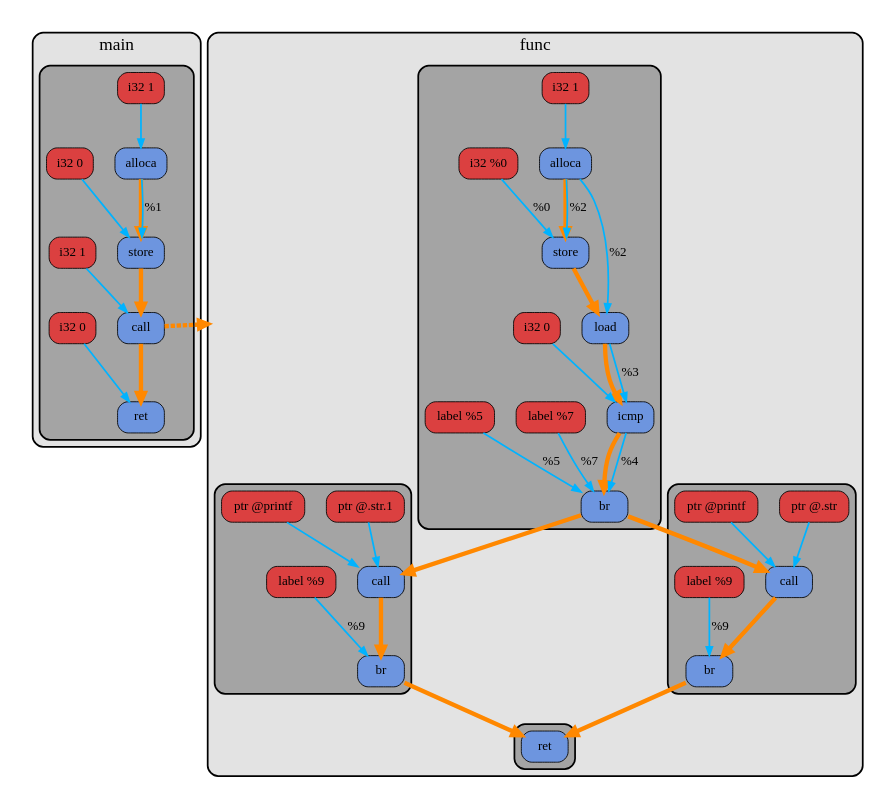
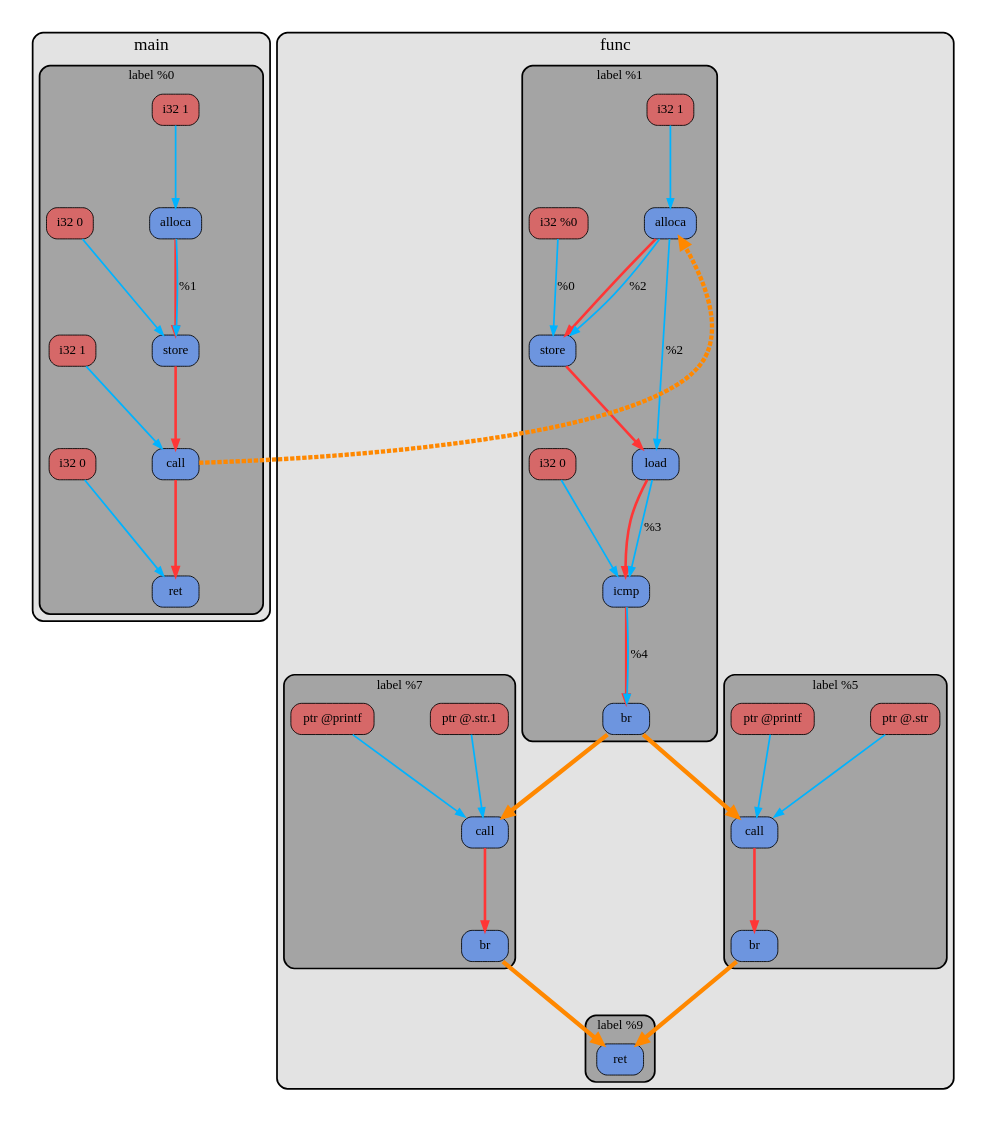
The diagram in examples/hello/dot/before_opt.dot (sevaphasol/llvm-ir-dumper), drawn with Graphviz before and after one commit. The commit also changed 45 other files, not shown here.

```diff
--- a/examples/hello/dot/before_opt.dot
+++ b/examples/hello/dot/before_opt.dot
@@ -1,5 +1,5 @@
 digraph "examples/hello/hello.c" {
-  graph [pad=0.3, rankdir=UB, compound=true, overlap=false, nodesep=0.35, ranksep=0.7, splines=true];
+  graph [pad=0.3, rankdir=TB, compound=true, overlap=false, nodesep=0.9, ranksep=1.3, splines=true];
   node [fontname="SF Pro Text Bold 10", fontsize=15];
   edge [fontname="SF Pro Text Bold 10", fontsize=15];
 subgraph cluster_func_1 {
@@ -17,19 +17,17 @@
     fillcolor="#a4a4a4";
     color="#000000";
     penwidth=2;
-    fontsize=0;
-    fontname="";
-    label="";
-    n0x5f6abb8ad210 [shape="box", style="rounded, filled", fillcolor="#6d95df", color="#000000", fontcolor="#000000", label="alloca"];
-    n0x5f6abb8aad90 [shape="box", style="rounded, filled", fillcolor="#6d95df", color="#000000", fontcolor="#000000", label="store"];
-    n0x5f6abb8ea090 [shape="box", style="rounded, filled", fillcolor="#6d95df", color="#000000", fontcolor="#000000", label="load"];
-    n0x5f6abb7ae2e0 [shape="box", style="rounded, filled", fillcolor="#6d95df", color="#000000", fontcolor="#000000", label="icmp"];
-    n0x5f6abb86cef0 [shape="box", style="rounded, filled", fillcolor="#6d95df", color="#000000", fontcolor="#000000", label="br"];
-    u0x5f6abb8ad1f0 [shape="box", style="rounded, filled", fillcolor="#db4040", color="#000000", fontcolor="#000000", label="i32 1"];
-    u0x5f6abb8aad50 [shape="box", style="rounded, filled", fillcolor="#db4040", color="#000000", fontcolor="#000000", label="i32 %0"];
-    u0x5f6abb7ae2c0 [shape="box", style="rounded, filled", fillcolor="#db4040", color="#000000", fontcolor="#000000", label="i32 0"];
-    u0x5f6abb86ceb0 [shape="box", style="rounded, filled", fillcolor="#db4040", color="#000000", fontcolor="#000000", label="label %7"];
-    u0x5f6abb86ced0 [shape="box", style="rounded, filled", fillcolor="#db4040", color="#000000", fontcolor="#000000", label="label %5"];
+    fontsize=15;
+    fontname="SF Pro Text Bold 10";
+    label="label %1";
+    n0x6549de716f50 [shape="box", style="rounded, filled", fillcolor="#6d95df", color="#000000", fontcolor="#000000", label="alloca"];
+    n0x6549de754d40 [shape="box", style="rounded, filled", fillcolor="#6d95df", color="#000000", fontcolor="#000000", label="store"];
+    n0x6549de794170 [shape="box", style="rounded, filled", fillcolor="#6d95df", color="#000000", fontcolor="#000000", label="load"];
+    n0x6549de6582e0 [shape="box", style="rounded, filled", fillcolor="#6d95df", color="#000000", fontcolor="#000000", label="icmp"];
+    n0x6549de716d40 [shape="box", style="rounded, filled", fillcolor="#6d95df", color="#000000", fontcolor="#000000", label="br"];
+    u0x6549de716f30 [shape="box", style="rounded, filled", fillcolor="#d66868", color="#000000", fontcolor="#000000", label="i32 1"];
+    u0x6549de754d00 [shape="box", style="rounded, filled", fillcolor="#d66868", color="#000000", fontcolor="#000000", label="i32 %0"];
+    u0x6549de6582c0 [shape="box", style="rounded, filled", fillcolor="#d66868", color="#000000", fontcolor="#000000", label="i32 0"];
   }
   subgraph cluster_func_1_bb_2 {
     shape="box";
@@ -37,14 +35,13 @@
     fillcolor="#a4a4a4";
     color="#000000";
     penwidth=2;
-    fontsize=0;
-    fontname="";
-    label="";
-    n0x5f6abb8eaf20 [shape="box", style="rounded, filled", fillcolor="#6d95df", color="#000000", fontcolor="#000000", label="call"];
-    n0x5f6abb8eafa0 [shape="box", style="rounded, filled", fillcolor="#6d95df", color="#000000", fontcolor="#000000", label="br"];
-    u0x5f6abb8eaee0 [shape="box", style="rounded, filled", fillcolor="#db4040", color="#000000", fontcolor="#000000", label="ptr @.str"];
-    u0x5f6abb8eaf00 [shape="box", style="rounded, filled", fillcolor="#db4040", color="#000000", fontcolor="#000000", label="ptr @printf"];
-    u0x5f6abb8eaf80 [shape="box", style="rounded, filled", fillcolor="#db4040", color="#000000", fontcolor="#000000", label="label %9"];
+    fontsize=15;
+    fontname="SF Pro Text Bold 10";
+    label="label %5";
+    n0x6549de795010 [shape="box", style="rounded, filled", fillcolor="#6d95df", color="#000000", fontcolor="#000000", label="call"];
+    n0x6549de795090 [shape="box", style="rounded, filled", fillcolor="#6d95df", color="#000000", fontcolor="#000000", label="br"];
+    u0x6549de794fd0 [shape="box", style="rounded, filled", fillcolor="#d66868", color="#000000", fontcolor="#000000", label="ptr @.str"];
+    u0x6549de794ff0 [shape="box", style="rounded, filled", fillcolor="#d66868", color="#000000", fontcolor="#000000", label="ptr @printf"];
   }
   subgraph cluster_func_1_bb_3 {
     shape="box";
@@ -52,14 +49,13 @@
     fillcolor="#a4a4a4";
     color="#000000";
     penwidth=2;
-    fontsize=0;
-    fontname="";
-    label="";
-    n0x5f6abb8eb130 [shape="box", style="rounded, filled", fillcolor="#6d95df", color="#000000", fontcolor="#000000", label="call"];
-    n0x5f6abb8eb1b0 [shape="box", style="rounded, filled", fillcolor="#6d95df", color="#000000", fontcolor="#000000", label="br"];
-    u0x5f6abb8eb0f0 [shape="box", style="rounded, filled", fillcolor="#db4040", color="#000000", fontcolor="#000000", label="ptr @.str.1"];
-    u0x5f6abb8eb110 [shape="box", style="rounded, filled", fillcolor="#db4040", color="#000000", fontcolor="#000000", label="ptr @printf"];
-    u0x5f6abb8eb190 [shape="box", style="rounded, filled", fillcolor="#db4040", color="#000000", fontcolor="#000000", label="label %9"];
+    fontsize=15;
+    fontname="SF Pro Text Bold 10";
+    label="label %7";
+    n0x6549de795220 [shape="box", style="rounded, filled", fillcolor="#6d95df", color="#000000", fontcolor="#000000", label="call"];
+    n0x6549de7952a0 [shape="box", style="rounded, filled", fillcolor="#6d95df", color="#000000", fontcolor="#000000", label="br"];
+    u0x6549de7951e0 [shape="box", style="rounded, filled", fillcolor="#d66868", color="#000000", fontcolor="#000000", label="ptr @.str.1"];
+    u0x6549de795200 [shape="box", style="rounded, filled", fillcolor="#d66868", color="#000000", fontcolor="#000000", label="ptr @printf"];
   }
   subgraph cluster_func_1_bb_4 {
     shape="box";
@@ -67,10 +63,10 @@
     fillcolor="#a4a4a4";
     color="#000000";
     penwidth=2;
-    fontsize=0;
-    fontname="";
-    label="";
-    n0x5f6abb8947a0 [shape="box", style="rounded, filled", fillcolor="#6d95df", color="#000000", fontcolor="#000000", label="ret"];
+    fontsize=15;
+    fontname="SF Pro Text Bold 10";
+    label="label %9";
+    n0x6549de764e40 [shape="box", style="rounded, filled", fillcolor="#6d95df", color="#000000", fontcolor="#000000", label="ret"];
   }
 }
 subgraph cluster_func_2 {
@@ -98,51 +94,47 @@
     fillcolor="#a4a4a4";
     color="#000000";
     penwidth=2;
-    fontsize=0;
-    fontname="";
-    label="";
-    n0x5f6abb8ebf10 [shape="box", style="rounded, filled", fillcolor="#6d95df", color="#000000", fontcolor="#000000", label="alloca"];
-    n0x5f6abb8ebfb0 [shape="box", style="rounded, filled", fillcolor="#6d95df", color="#000000", fontcolor="#000000", label="store"];
-    n0x5f6abb8ec050 [shape="box", style="rounded, filled", fillcolor="#6d95df", color="#000000", fontcolor="#000000", label="call"];
-    n0x5f6abb8ec170 [shape="box", style="rounded, filled", fillcolor="#6d95df", color="#000000", fontcolor="#000000", label="ret"];
-    u0x5f6abb8ebef0 [shape="box", style="rounded, filled", fillcolor="#db4040", color="#000000", fontcolor="#000000", label="i32 1"];
-    u0x5f6abb8ebf70 [shape="box", style="rounded, filled", fillcolor="#db4040", color="#000000", fontcolor="#000000", label="i32 0"];
-    u0x5f6abb8ec010 [shape="box", style="rounded, filled", fillcolor="#db4040", color="#000000", fontcolor="#000000", label="i32 1"];
-    u0x5f6abb8ec150 [shape="box", style="rounded, filled", fillcolor="#db4040", color="#000000", fontcolor="#000000", label="i32 0"];
+    fontsize=15;
+    fontname="SF Pro Text Bold 10";
+    label="label %0";
+    n0x6549de795f80 [shape="box", style="rounded, filled", fillcolor="#6d95df", color="#000000", fontcolor="#000000", label="alloca"];
+    n0x6549de796020 [shape="box", style="rounded, filled", fillcolor="#6d95df", color="#000000", fontcolor="#000000", label="store"];
+    n0x6549de7960c0 [shape="box", style="rounded, filled", fillcolor="#6d95df", color="#000000", fontcolor="#000000", label="call"];
+    n0x6549de7961e0 [shape="box", style="rounded, filled", fillcolor="#6d95df", color="#000000", fontcolor="#000000", label="ret"];
+    u0x6549de795f60 [shape="box", style="rounded, filled", fillcolor="#d66868", color="#000000", fontcolor="#000000", label="i32 1"];
+    u0x6549de795fe0 [shape="box", style="rounded, filled", fillcolor="#d66868", color="#000000", fontcolor="#000000", label="i32 0"];
+    u0x6549de796080 [shape="box", style="rounded, filled", fillcolor="#d66868", color="#000000", fontcolor="#000000", label="i32 1"];
+    u0x6549de7961c0 [shape="box", style="rounded, filled", fillcolor="#d66868", color="#000000", fontcolor="#000000", label="i32 0"];
   }
 }
-n0x5f6abb8ad210 -> n0x5f6abb8aad90 [color="#ff8800", weight=10000, penwidth=5];
-n0x5f6abb8aad90 -> n0x5f6abb8ea090 [color="#ff8800", weight=10000, penwidth=5];
-n0x5f6abb8ea090 -> n0x5f6abb7ae2e0 [color="#ff8800", weight=10000, penwidth=5];
-n0x5f6abb7ae2e0 -> n0x5f6abb86cef0 [color="#ff8800", weight=10000, penwidth=5];
-n0x5f6abb8ad210 -> n0x5f6abb8ea090 [color="#00b3ff", weight=1, penwidth=2, label="%2"];
-n0x5f6abb8ad210 -> n0x5f6abb8aad90 [color="#00b3ff", weight=1, penwidth=2, label="%2"];
-u0x5f6abb8ad1f0 -> n0x5f6abb8ad210 [color="#00b3ff", weight=1, penwidth=2];
-u0x5f6abb8aad50 -> n0x5f6abb8aad90 [color="#00b3ff", weight=1, penwidth=2, label="%0"];
-n0x5f6abb8ea090 -> n0x5f6abb7ae2e0 [color="#00b3ff", weight=1, penwidth=2, label="%3"];
-n0x5f6abb7ae2e0 -> n0x5f6abb86cef0 [color="#00b3ff", weight=1, penwidth=2, label="%4"];
-u0x5f6abb7ae2c0 -> n0x5f6abb7ae2e0 [color="#00b3ff", weight=1, penwidth=2];
-u0x5f6abb86ceb0 -> n0x5f6abb86cef0 [color="#00b3ff", weight=1, penwidth=2, label="%7"];
-u0x5f6abb86ced0 -> n0x5f6abb86cef0 [color="#00b3ff", weight=1, penwidth=2, label="%5"];
-n0x5f6abb8eaf20 -> n0x5f6abb8eafa0 [color="#ff8800", weight=10000, penwidth=5];
-u0x5f6abb8eaee0 -> n0x5f6abb8eaf20 [color="#00b3ff", weight=1, penwidth=2];
-u0x5f6abb8eaf00 -> n0x5f6abb8eaf20 [color="#00b3ff", weight=1, penwidth=2];
-u0x5f6abb8eaf80 -> n0x5f6abb8eafa0 [color="#00b3ff", weight=1, penwidth=2, label="%9"];
-n0x5f6abb8eb130 -> n0x5f6abb8eb1b0 [color="#ff8800", weight=10000, penwidth=5];
-u0x5f6abb8eb0f0 -> n0x5f6abb8eb130 [color="#00b3ff", weight=1, penwidth=2];
-u0x5f6abb8eb110 -> n0x5f6abb8eb130 [color="#00b3ff", weight=1, penwidth=2];
-u0x5f6abb8eb190 -> n0x5f6abb8eb1b0 [color="#00b3ff", weight=1, penwidth=2, label="%9"];
-n0x5f6abb86cef0 -> n0x5f6abb8eaf20 [color="#ff8800", weight=10000, penwidth=5];
-n0x5f6abb86cef0 -> n0x5f6abb8eb130 [color="#ff8800", weight=10000, penwidth=5];
-n0x5f6abb8eb1b0 -> n0x5f6abb8947a0 [color="#ff8800", weight=10000, penwidth=5];
-n0x5f6abb8eafa0 -> n0x5f6abb8947a0 [color="#ff8800", weight=10000, penwidth=5];
-n0x5f6abb8ebf10 -> n0x5f6abb8ebfb0 [color="#ff8800", weight=10000, penwidth=5];
-n0x5f6abb8ebfb0 -> n0x5f6abb8ec050 [color="#ff8800", weight=10000, penwidth=5];
-n0x5f6abb8ec050 -> n0x5f6abb8ec170 [color="#ff8800", weight=10000, penwidth=5];
-n0x5f6abb8ebf10 -> n0x5f6abb8ebfb0 [color="#00b3ff", weight=1, penwidth=2, label="%1"];
-u0x5f6abb8ebef0 -> n0x5f6abb8ebf10 [color="#00b3ff", weight=1, penwidth=2];
-u0x5f6abb8ebf70 -> n0x5f6abb8ebfb0 [color="#00b3ff", weight=1, penwidth=2];
-n0x5f6abb8ec050 -> n0x5f6abb8ad210 [color="#ff8800", penwidth=5, style="dashed", constraint=false, lhead="cluster_func_1"];
-u0x5f6abb8ec010 -> n0x5f6abb8ec050 [color="#00b3ff", weight=1, penwidth=2];
-u0x5f6abb8ec150 -> n0x5f6abb8ec170 [color="#00b3ff", weight=1, penwidth=2];
+n0x6549de716f50 -> n0x6549de754d40 [color="#ff3636", weight=1000, penwidth=3];
+n0x6549de754d40 -> n0x6549de794170 [color="#ff3636", weight=1000, penwidth=3];
+n0x6549de794170 -> n0x6549de6582e0 [color="#ff3636", weight=1000, penwidth=3];
+n0x6549de6582e0 -> n0x6549de716d40 [color="#ff3636", weight=1000, penwidth=3];
+n0x6549de716f50 -> n0x6549de794170 [color="#00b3ff", weight=1, penwidth=2, label="%2"];
+n0x6549de716f50 -> n0x6549de754d40 [color="#00b3ff", weight=1, penwidth=2, label="%2"];
+u0x6549de716f30 -> n0x6549de716f50 [color="#00b3ff", weight=1, penwidth=2];
+u0x6549de754d00 -> n0x6549de754d40 [color="#00b3ff", weight=1, penwidth=2, label="%0"];
+n0x6549de794170 -> n0x6549de6582e0 [color="#00b3ff", weight=1, penwidth=2, label="%3"];
+n0x6549de6582e0 -> n0x6549de716d40 [color="#00b3ff", weight=1, penwidth=2, label="%4"];
+u0x6549de6582c0 -> n0x6549de6582e0 [color="#00b3ff", weight=1, penwidth=2];
+n0x6549de795010 -> n0x6549de795090 [color="#ff3636", weight=1000, penwidth=3];
+u0x6549de794fd0 -> n0x6549de795010 [color="#00b3ff", weight=1, penwidth=2];
+u0x6549de794ff0 -> n0x6549de795010 [color="#00b3ff", weight=1, penwidth=2];
+n0x6549de795220 -> n0x6549de7952a0 [color="#ff3636", weight=1000, penwidth=3];
+u0x6549de7951e0 -> n0x6549de795220 [color="#00b3ff", weight=1, penwidth=2];
+u0x6549de795200 -> n0x6549de795220 [color="#00b3ff", weight=1, penwidth=2];
+n0x6549de716d40 -> n0x6549de795010 [color="#ff8800", weight=10000, penwidth=5];
+n0x6549de716d40 -> n0x6549de795220 [color="#ff8800", weight=10000, penwidth=5];
+n0x6549de7952a0 -> n0x6549de764e40 [color="#ff8800", weight=10000, penwidth=5];
+n0x6549de795090 -> n0x6549de764e40 [color="#ff8800", weight=10000, penwidth=5];
+n0x6549de795f80 -> n0x6549de796020 [color="#ff3636", weight=1000, penwidth=3];
+n0x6549de796020 -> n0x6549de7960c0 [color="#ff3636", weight=1000, penwidth=3];
+n0x6549de7960c0 -> n0x6549de7961e0 [color="#ff3636", weight=1000, penwidth=3];
+n0x6549de795f80 -> n0x6549de796020 [color="#00b3ff", weight=1, penwidth=2, label="%1"];
+u0x6549de795f60 -> n0x6549de795f80 [color="#00b3ff", weight=1, penwidth=2];
+u0x6549de795fe0 -> n0x6549de796020 [color="#00b3ff", weight=1, penwidth=2];
+n0x6549de7960c0 -> n0x6549de716f50 [color="#ff8800", penwidth=5, style="dashed", constraint=false];
+u0x6549de796080 -> n0x6549de7960c0 [color="#00b3ff", weight=1, penwidth=2];
+u0x6549de7961c0 -> n0x6549de7961e0 [color="#00b3ff", weight=1, penwidth=2];
 }
```
